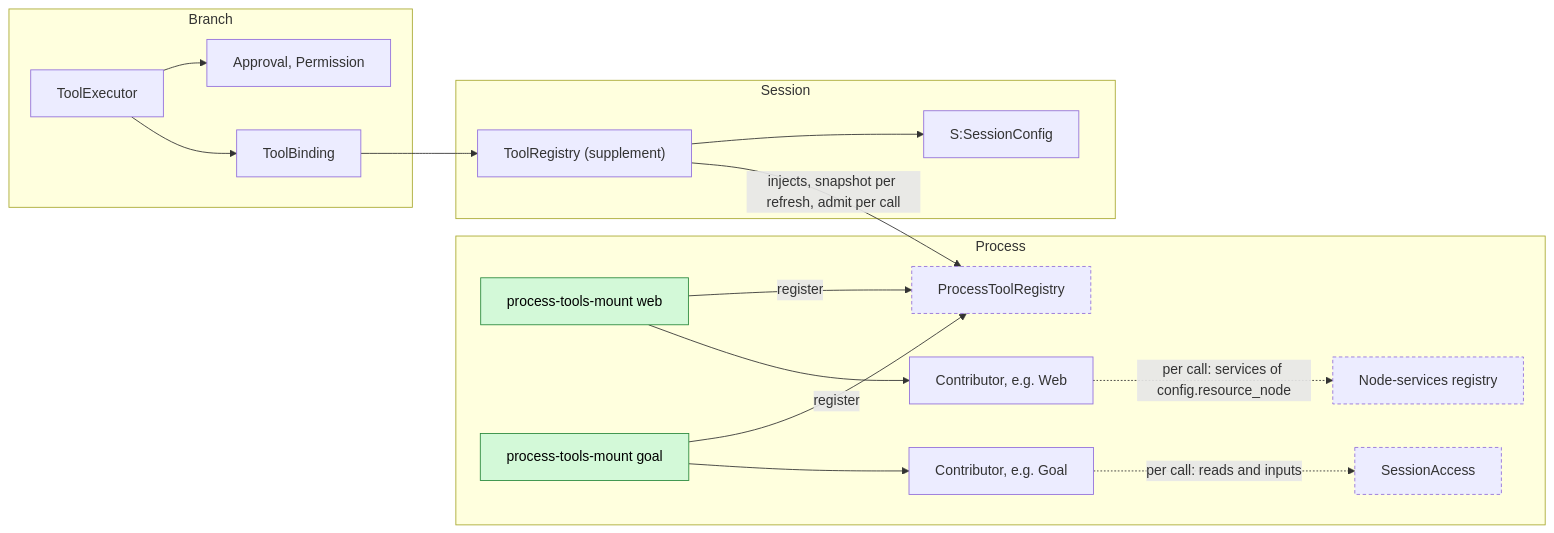
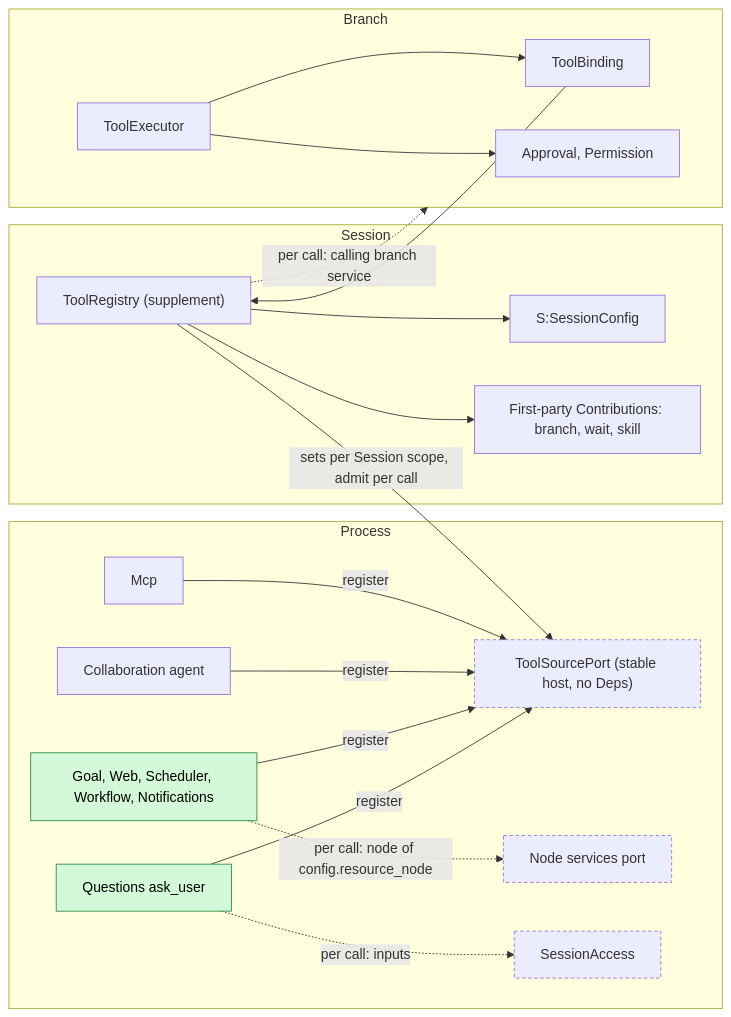
One commit to CoutinhoTTS/dim-agent changed the first of 6 diagrams in docs/design/contracts/process-tool-contribution.md. Above: the diagram before and after it, drawn with Mermaid. The commit also changed other lines of this file and 4 other files, not shown here.

````diff
--- a/docs/design/contracts/process-tool-contribution.md
+++ b/docs/design/contracts/process-tool-contribution.md
@@ -11,34 +11,37 @@
 ```mermaid
 flowchart LR
   subgraph PROC["Process"]
-    C1["Contributor, e.g. Web"]
-    C2["Contributor, e.g. Goal"]
-    M1["process-tools-mount web"]:::new
-    M2["process-tools-mount goal"]:::new
-    PTR["ProcessToolRegistry"]:::contract
-    NS["Node-services registry"]:::contract
+    Port["ToolSourcePort (stable host, no Deps)"]:::contract
+    Mcp["Mcp"]
+    Coll["Collaboration agent"]
+    New["Goal, Web, Scheduler, Workflow, Notifications"]:::new
+    Qs["Questions ask_user"]:::new
+    NS["Node services port"]:::contract
     SA["SessionAccess"]:::contract
   end
   subgraph SESS["Session"]
     TR["ToolRegistry (supplement)"]
-    SF["S:SessionConfig"]
+    SC["S:SessionConfig"]
+    FP["First-party Contributions: branch, wait, skill"]
   end
   subgraph BR["Branch"]
     TB["ToolBinding"]
     TE["ToolExecutor"]
     AP["Approval, Permission"]
   end
-  M1 --> C1
-  M2 --> C2
-  M1 -->|"register"| PTR
-  M2 -->|"register"| PTR
-  TR -->|"injects, snapshot per refresh, admit per call"| PTR
-  TR --> SF
+  Mcp -->|"register"| Port
+  Coll -->|"register"| Port
+  New -->|"register"| Port
+  Qs -->|"register"| Port
+  TR -->|"sets per Session scope, admit per call"| Port
+  TR --> SC
+  TR --> FP
   TB --> TR
   TE --> TB
   TE --> AP
-  C1 -.->|"per call: services of config.resource_node"| NS
-  C2 -.->|"per call: reads and inputs"| SA
+  New -.->|"per call: node of config.resource_node"| NS
+  Qs -.->|"per call: inputs"| SA
+  TR -.->|"per call: calling branch service"| BR
   classDef new fill:#d3f9d8,stroke:#2b8a3e,color:#000
   classDef contract stroke-dasharray:4 3
 ```
````
